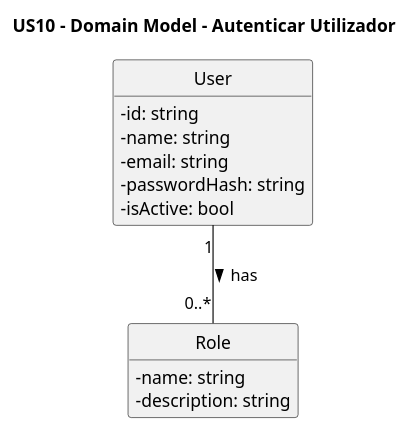
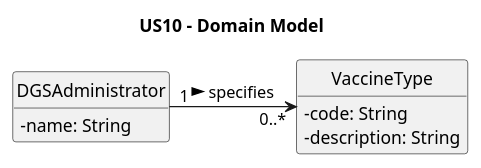
Before and after one commit to luluisfcm/leti-esoft-25-26-B5: the diagram in docs/system-documentation/US10/puml/US10-DM.puml, drawn with PlantUML. The commit also changed 8 other files, not shown here.

```diff
--- a/docs/system-documentation/US10/puml/US10-DM.puml
+++ b/docs/system-documentation/US10/puml/US10-DM.puml
@@ -1,25 +1,26 @@
 @startuml
-'https://plantuml.com/class-diagram
+' US10-MD.puml
+' Baseado na estrutura da imagem.png (template USXX-DM.puml )
+
+title US10 - Domain Model
+
 hide circle
 skinparam classAttributeIconSize 0
 hide methods
 
-title US10 - Domain Model - Autenticar Utilizador
-
-class User {
-    -id: string
-    -name: string
-    -email: string
-    -passwordHash: string
-    -isActive: bool
+' Mapeado de Concept1  -> DGSAdministrator
+class DGSAdministrator {
+    - name: String
 }
 
-class Role {
-    -name: string
-    -description: string
+' Mapeado de Concept2  -> VaccineType
+' Atributos baseados nos requisitos da US10 (code, description)
+class VaccineType {
+    - code: String
+    - description: String
 }
 
-' Um utilizador pode ter vários papéis
-User "1" -- "0..*" Role : has >
+' Mapeado da associação "1 knows 0..*"
+DGSAdministrator "1" -> "0..*" VaccineType : specifies >
 
 @enduml
```
